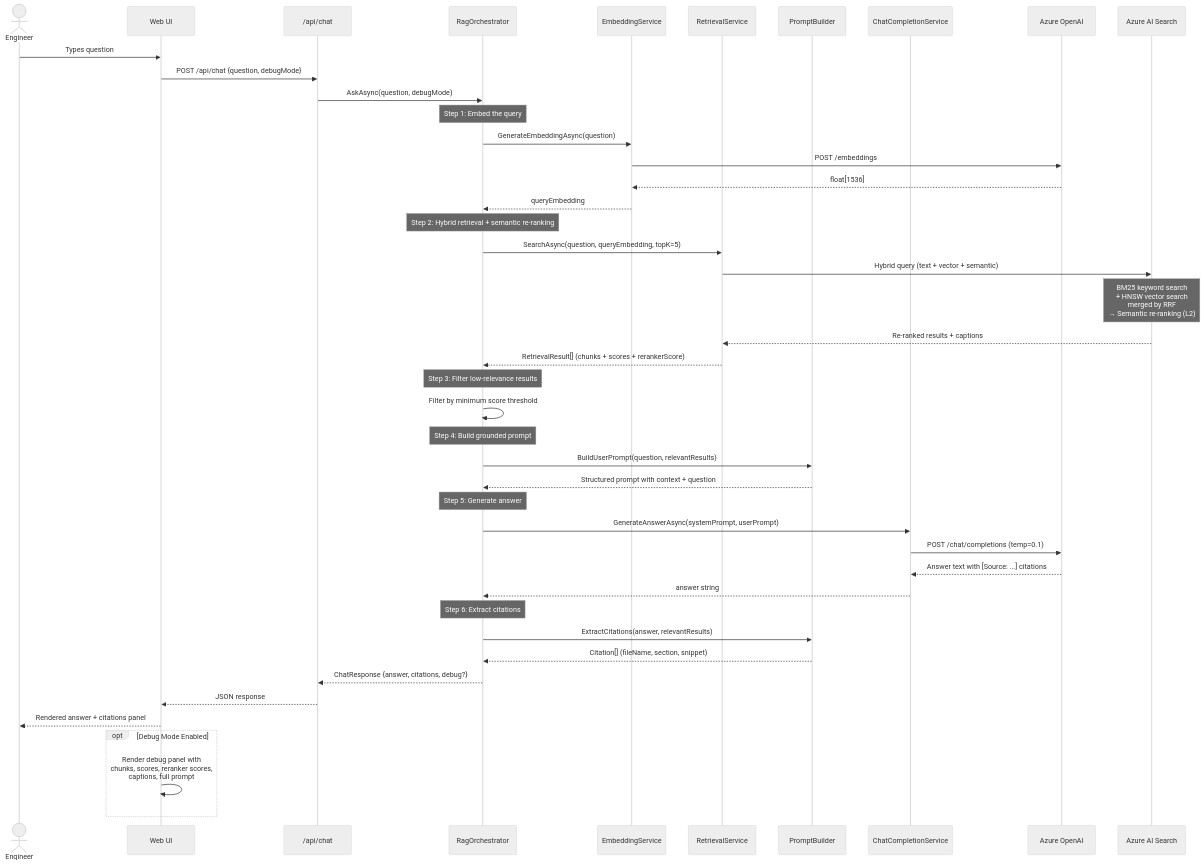
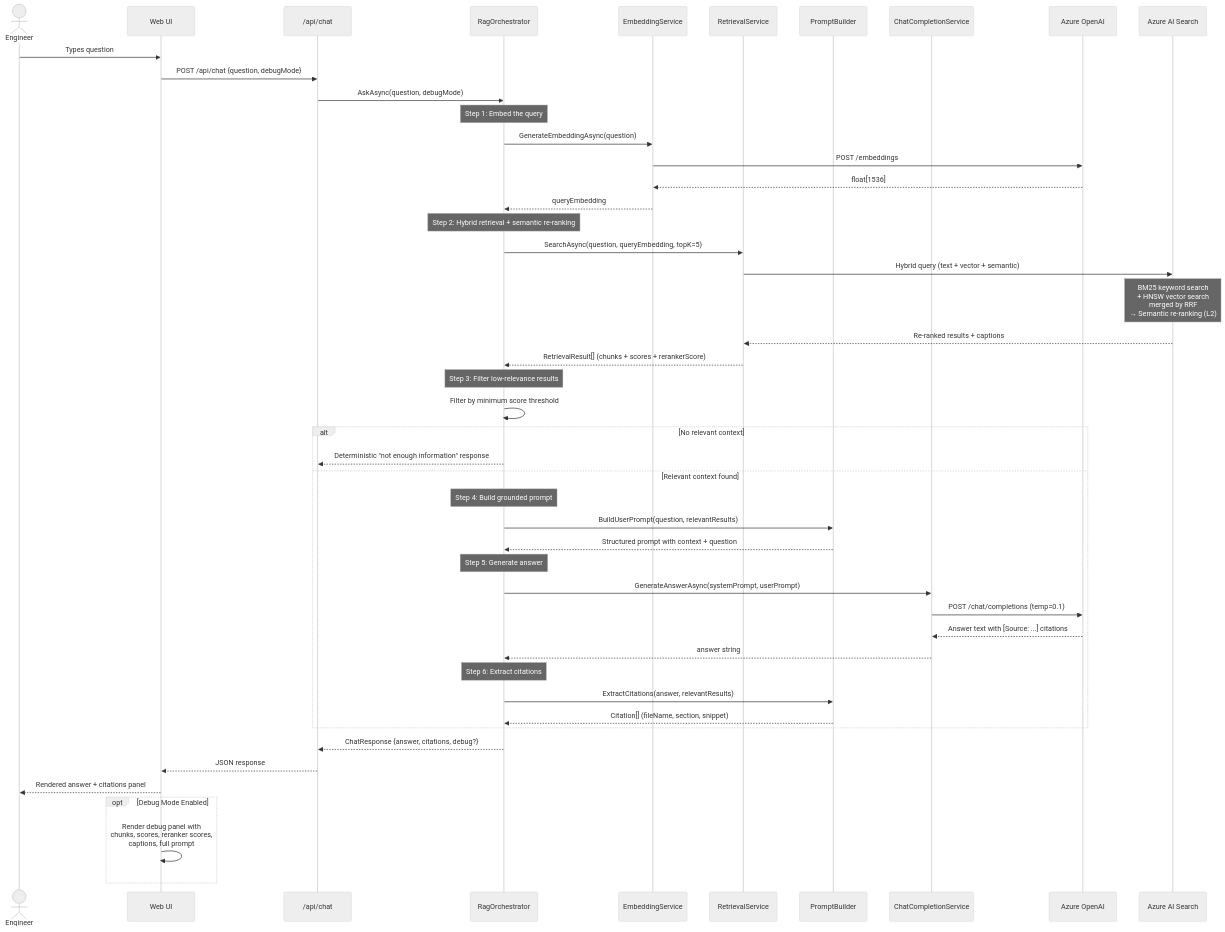
The diagram in docs/architecture/06-query-sequence.md (artemsemdev/Azure-RAG-Navigator), drawn with Mermaid (neutral theme) before and after one commit. The commit also changed other lines of this file and 8 other files, not shown here.

Commit message:
Align architecture docs with RAG hardening

````diff
--- a/docs/architecture/06-query-sequence.md
+++ b/docs/architecture/06-query-sequence.md
@@ -9,55 +9,59 @@
 ```mermaid
 sequenceDiagram
     actor User as Engineer
     participant UI as Web UI
     participant API as /api/chat
     participant RO as RagOrchestrator
     participant ES as EmbeddingService
     participant RS as RetrievalService
     participant PB as PromptBuilder
     participant CS as ChatCompletionService
     participant AOAI as Azure OpenAI
     participant AIS as Azure AI Search
 
     User->>UI: Types question
     UI->>API: POST /api/chat {question, debugMode}
     API->>RO: AskAsync(question, debugMode)
 
     Note over RO: Step 1: Embed the query
     RO->>ES: GenerateEmbeddingAsync(question)
     ES->>AOAI: POST /embeddings
     AOAI-->>ES: float[1536]
     ES-->>RO: queryEmbedding
 
     Note over RO: Step 2: Hybrid retrieval + semantic re-ranking
     RO->>RS: SearchAsync(question, queryEmbedding, topK=5)
     RS->>AIS: Hybrid query (text + vector + semantic)
     Note over AIS: BM25 keyword search<br/>+ HNSW vector search<br/>merged by RRF<br/>→ Semantic re-ranking (L2)
     AIS-->>RS: Re-ranked results + captions
     RS-->>RO: RetrievalResult[] (chunks + scores + rerankerScore)
 
     Note over RO: Step 3: Filter low-relevance results
     RO->>RO: Filter by minimum score threshold
 
+    alt No relevant context
+        RO-->>API: Deterministic "not enough information" response
+    else Relevant context found
     Note over RO: Step 4: Build grounded prompt
     RO->>PB: BuildUserPrompt(question, relevantResults)
     PB-->>RO: Structured prompt with context + question
 
     Note over RO: Step 5: Generate answer
     RO->>CS: GenerateAnswerAsync(systemPrompt, userPrompt)
     CS->>AOAI: POST /chat/completions (temp=0.1)
     AOAI-->>CS: Answer text with [Source: ...] citations
     CS-->>RO: answer string
 
     Note over RO: Step 6: Extract citations
     RO->>PB: ExtractCitations(answer, relevantResults)
     PB-->>RO: Citation[] (fileName, section, snippet)
+    end
 
     RO-->>API: ChatResponse {answer, citations, debug?}
     API-->>UI: JSON response
     UI-->>User: Rendered answer + citations panel
 
     opt Debug Mode Enabled
         UI->>UI: Render debug panel with<br/>chunks, scores, reranker scores,<br/>captions, full prompt
     end
 ```
````
